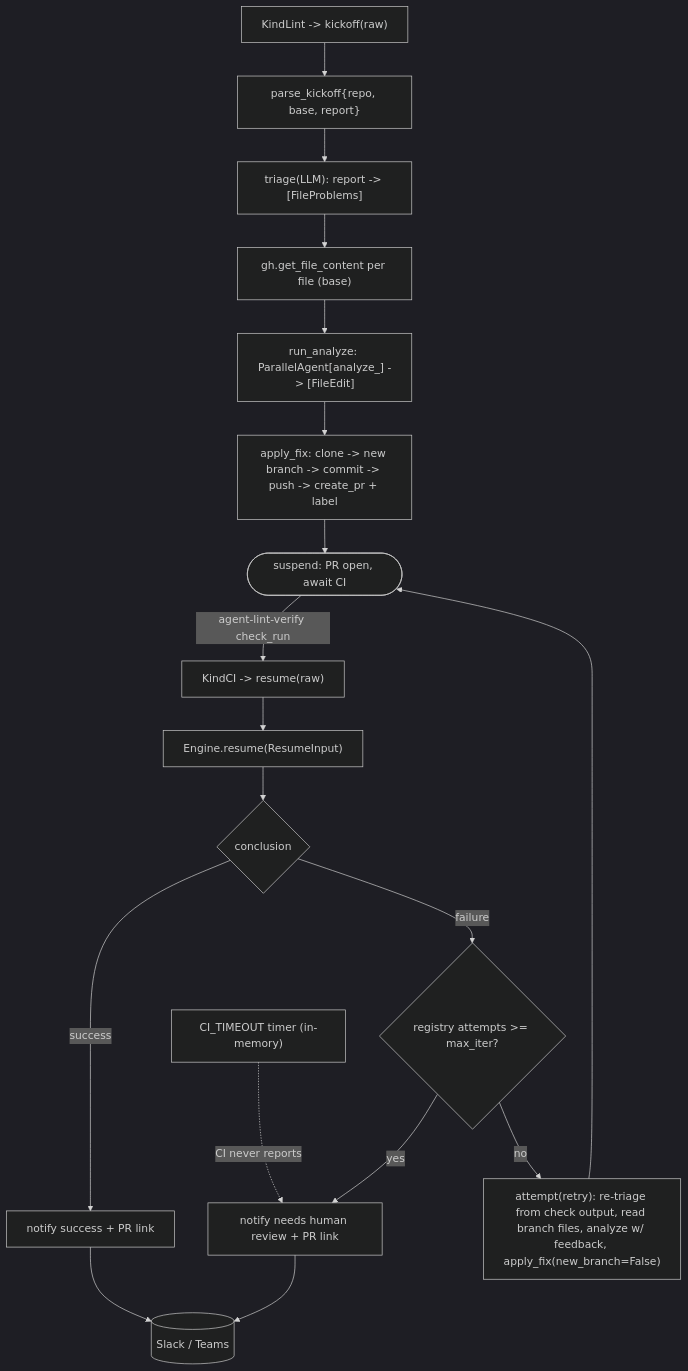
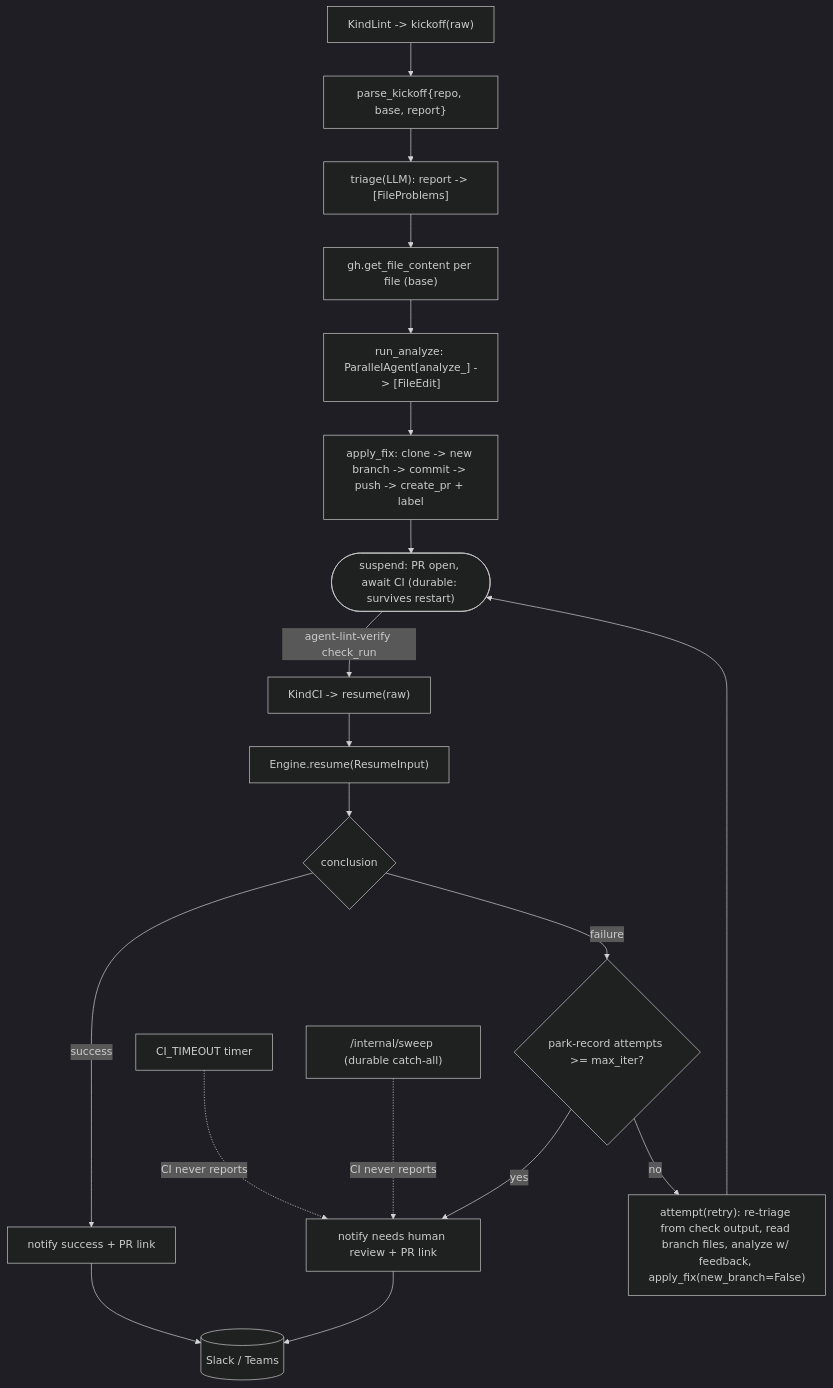
Before and after one commit to jkjamies/automation-agent: the diagram in python/automation_agent/agent/lintfixer/AGENTS.md, drawn with Mermaid (dark theme). The commit also changed other lines of this file and 54 other files, not shown here.

````diff
--- a/python/automation_agent/agent/lintfixer/AGENTS.md
+++ b/python/automation_agent/agent/lintfixer/AGENTS.md
@@ -13,21 +15,22 @@
 ```mermaid
 flowchart TD
     K["KindLint -> kickoff(raw)"] --> KP["parse_kickoff{repo, base, report}"]
     KP --> T["triage(LLM): report -> [FileProblems]"]
     T --> FF["gh.get_file_content per file (base)"]
     FF --> AN["run_analyze: ParallelAgent[analyze_<file>] -> [FileEdit]"]
     AN --> AF["apply_fix: clone -> new branch -> commit -> push -> create_pr + label"]
-    AF --> SUS(["suspend: PR open, await CI"])
+    AF --> SUS(["suspend: PR open, await CI (durable: survives restart)"])
 
     SUS -->|"agent-lint-verify check_run"| CI["KindCI -> resume(raw)"]
-    TO["CI_TIMEOUT timer (in-memory)"] -.->|"CI never reports"| HR
+    TO["CI_TIMEOUT timer"] -.->|"CI never reports"| HR
+    SW["/internal/sweep (durable catch-all)"] -.->|"CI never reports"| HR
     CI --> RH["Engine.resume(ResumeInput)"]
     RH --> C{conclusion}
     C -->|success| OK["notify success + PR link"]
-    C -->|failure| AT{"registry attempts >= max_iter?"}
+    C -->|failure| AT{"park-record attempts >= max_iter?"}
     AT -->|yes| HR["notify needs human review + PR link"]
     AT -->|no| RT["attempt(retry): re-triage from check output, read branch files, analyze w/ feedback, apply_fix(new_branch=False)"]
     RT --> SUS
     OK --> Chat[("Slack / Teams")]
     HR --> Chat
 ```
````
